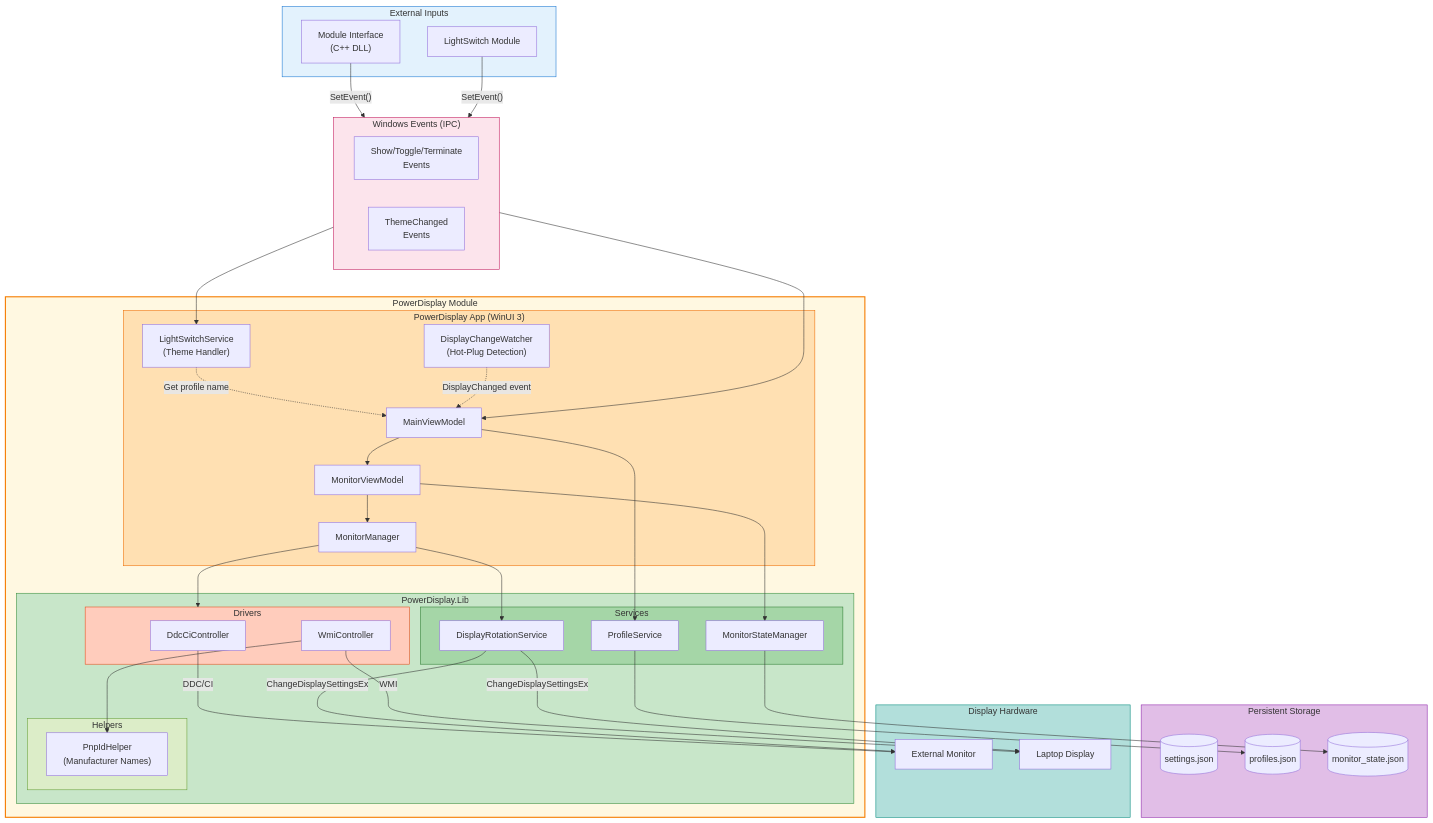
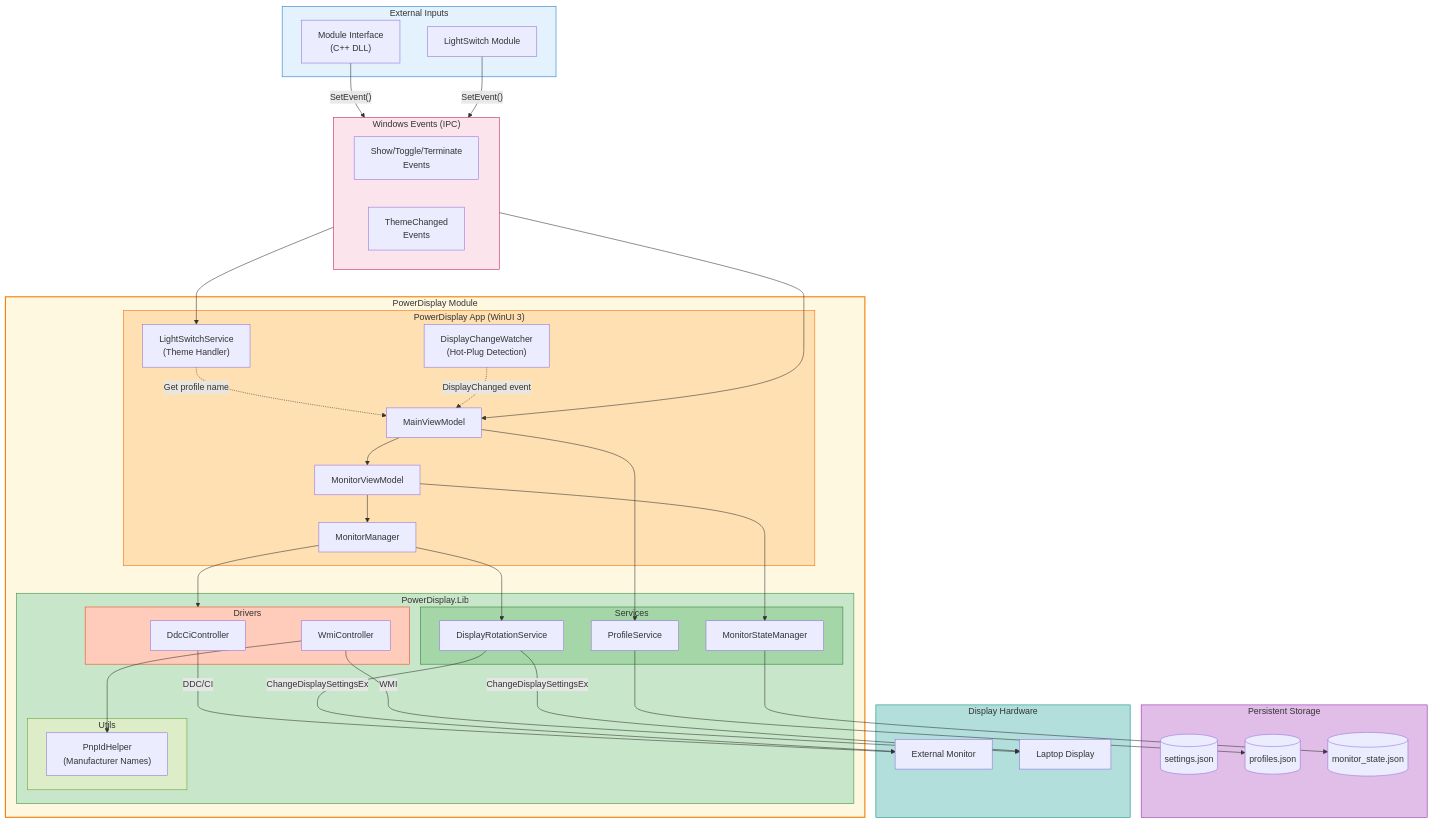
One commit to microsoft/PowerToys changed the second of 21 diagrams in doc/devdocs/modules/powerdisplay/design.md. Above: the diagram before and after it, drawn with Mermaid. The commit also changed other lines of this file and 2 other files, not shown here.

First line of the commit message:
Refactor: update docs, diagrams, and PnpIdHelper namespace

````diff
--- a/doc/devdocs/modules/powerdisplay/design.md
+++ b/doc/devdocs/modules/powerdisplay/design.md
@@ -299,7 +299,7 @@
                 DdcCiController
                 WmiController
             end
-            subgraph Helpers
+            subgraph Utils
                 PnpIdHelper["PnpIdHelper<br/>(Manufacturer Names)"]
             end
         end
@@ -336,7 +336,7 @@
     MonitorManager --> Drivers
     MonitorManager --> DisplayRotationService
 
-    %% Helpers used during discovery
+    %% Utils used during discovery
     WmiController --> PnpIdHelper
 
     %% Services to Storage
@@ -357,7 +357,7 @@
     style PowerDisplayLib fill:#c8e6c9,stroke:#388e3c
     style Services fill:#a5d6a7,stroke:#2e7d32
     style Drivers fill:#ffccbc,stroke:#e64a19
-    style Helpers fill:#dcedc8,stroke:#689f38
+    style Utils fill:#dcedc8,stroke:#689f38
     style Storage fill:#e1bee7,stroke:#8e24aa
     style Hardware fill:#b2dfdb,stroke:#00897b
 ```
````
